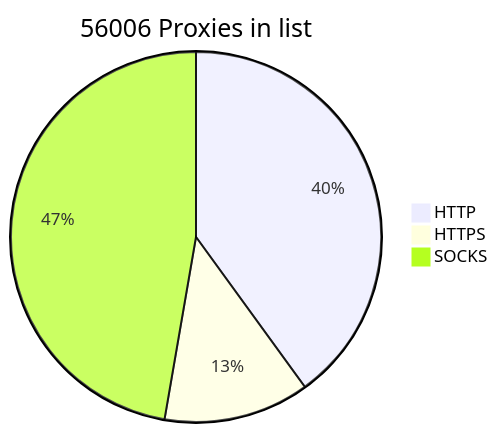
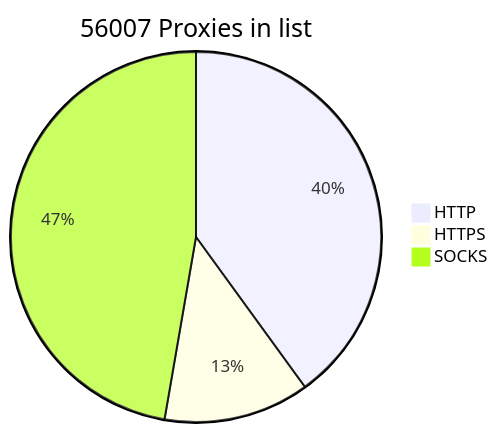
The diagram in README.md (BlackSnowDot/proxylist-update-every-minute), drawn with Mermaid before and after one commit.

````diff
--- a/README.md
+++ b/README.md
@@ -2,6 +2,6 @@
 ```mermaid
-pie title 56006 Proxies in list
+pie title 56007 Proxies in list
     "HTTP" : 25122
     "HTTPS": 7988
-    "SOCKS" : 29690
+    "SOCKS" : 29691
 ```
````
